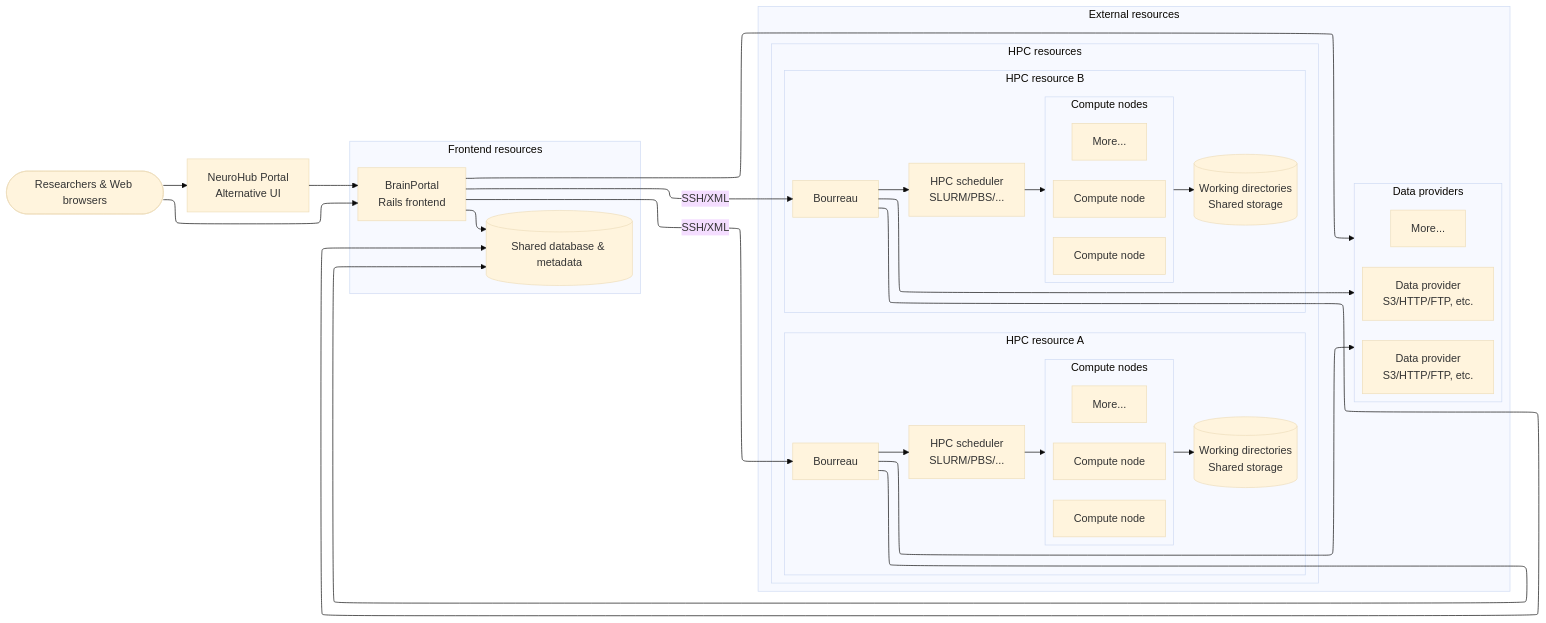
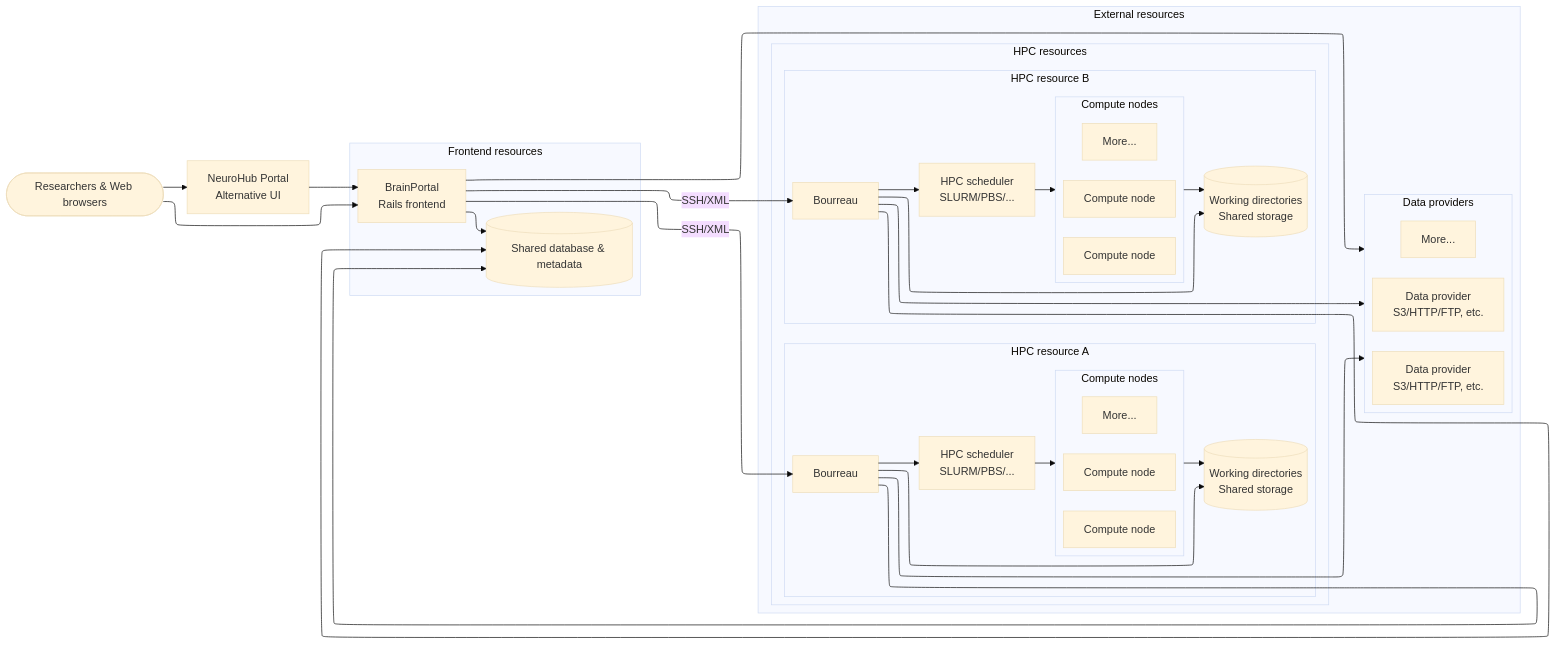
Before and after one commit to aces/cbrain: the diagram in README.md, drawn with Mermaid.

Commit message:
Restore Bourreau to scratch links

````diff
--- a/README.md
+++ b/README.md
@@ -25,58 +25,60 @@
 ```mermaid
 %%{init: {"theme": "base", "flowchart": {"defaultRenderer": "elk"}}}%%
 flowchart LR
   Users([Researchers & Web browsers])
   NH[NeuroHub Portal<br/>Alternative UI]
   subgraph Frontend[Frontend resources]
     BP[BrainPortal<br/>Rails frontend]
     DB[(Shared database & metadata)]
   end
   subgraph ExternalResources[External resources]
     direction TB
     subgraph DataProviders[Data providers]
       direction TB
       DP1[Data provider<br/>S3/HTTP/FTP, etc.]
       DP2[Data provider<br/>S3/HTTP/FTP, etc.]
       DP3[More...]
     end
     subgraph HPCResources[HPC resources]
       direction TB
       subgraph ResourceA[HPC resource A]
         BO1[Bourreau]
         Sched1[HPC scheduler<br/>SLURM/PBS/...]
         subgraph ComputePoolA[Compute nodes]
           Compute1[Compute node]
           Compute2[Compute node]
           ComputeMoreA[More...]
         end
         Scratch1[(Working directories<br/>Shared storage)]
       end
       subgraph ResourceB[HPC resource B]
         BO2[Bourreau]
         Sched2[HPC scheduler<br/>SLURM/PBS/...]
         subgraph ComputePoolB[Compute nodes]
           Compute3[Compute node]
           Compute4[Compute node]
           ComputeMoreB[More...]
         end
         Scratch2[(Working directories<br/>Shared storage)]
       end
     end
   end
 
   Users --> BP
   Users --> NH
   NH --> BP
   BP --> DB
   BP --> DataProviders
   BP -->|SSH/XML| BO1
   BP -->|SSH/XML| BO2
   BO1 --> DataProviders
   BO2 --> DataProviders
   BO1 --> DB
   BO2 --> DB
   BO1 --> Sched1 --> ComputePoolA
   BO2 --> Sched2 --> ComputePoolB
+  BO1 --> Scratch1
+  BO2 --> Scratch2
   ComputePoolA --> Scratch1
   ComputePoolB --> Scratch2
 ```
````
